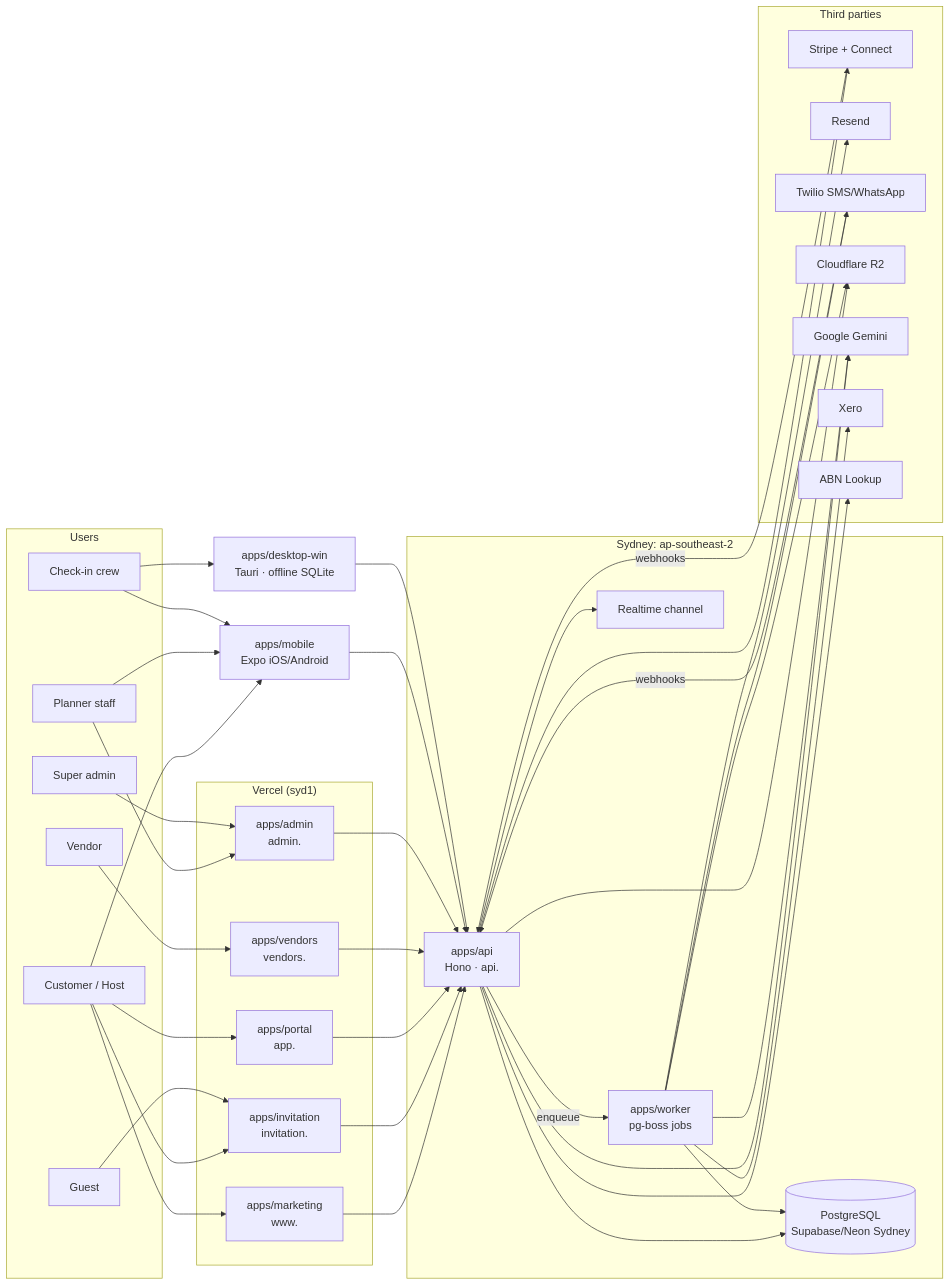
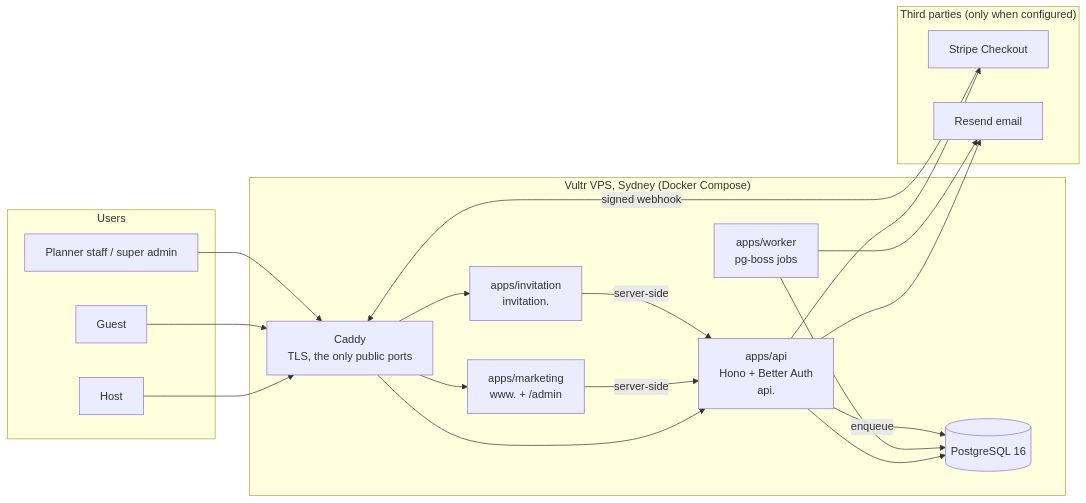
One commit to Sadramst/managevent changed the first of 2 diagrams in ARCHITECTURE.md. Above: the diagram before and after it, drawn with Mermaid. The commit also changed other lines of this file and 178 other files, not shown here.

````diff
--- a/ARCHITECTURE.md
+++ b/ARCHITECTURE.md
@@ -17,57 +17,35 @@
 ```mermaid
 flowchart LR
   subgraph Users
-    H[Customer / Host]
+    H[Host]
     G[Guest]
-    V[Vendor]
-    P[Planner staff]
-    C[Check-in crew]
-    A[Super admin]
+    P[Planner staff / super admin]
   end
 
-  subgraph Edge["Vercel (syd1)"]
-    WWW[apps/marketing<br/>www.]
+  subgraph VPS["Vultr VPS, Sydney (Docker Compose)"]
+    CAD[Caddy<br/>TLS, the only public ports]
+    WWW[apps/marketing<br/>www. + /admin]
     INV[apps/invitation<br/>invitation.]
-    APP[apps/portal<br/>app.]
-    VEN[apps/vendors<br/>vendors.]
-    ADM[apps/admin<br/>admin.]
+    API[apps/api<br/>Hono + Better Auth<br/>api.]
+    WRK[apps/worker<br/>pg-boss jobs]
+    DB[(PostgreSQL 16)]
   end
 
-  subgraph Core["Sydney: ap-southeast-2"]
-    API[apps/api<br/>Hono · api.]
-    WRK[apps/worker<br/>pg-boss jobs]
-    DB[(PostgreSQL<br/>Supabase/Neon Sydney)]
-    RT[Realtime channel]
+  subgraph Third["Third parties (only when configured)"]
+    STR[Stripe Checkout]
+    RES[Resend email]
   end
 
-  MOB[apps/mobile<br/>Expo iOS/Android]
-  WIN[apps/desktop-win<br/>Tauri · offline SQLite]
-
-  subgraph Third["Third parties"]
-    STR[Stripe + Connect]
-    RES[Resend]
-    TWI[Twilio SMS/WhatsApp]
-    R2[Cloudflare R2]
-    GEM[Google Gemini]
-    XERO[Xero]
-    ABN[ABN Lookup]
-  end
-
-  H --> WWW & INV & APP & MOB
-  G --> INV
-  V --> VEN
-  P --> ADM & MOB
-  C --> MOB & WIN
-  A --> ADM
-
-  WWW & INV & APP & VEN & ADM --> API
-  MOB & WIN --> API
+  H --> CAD
+  G --> CAD
+  P --> CAD
+  CAD --> WWW & INV & API
+  WWW -- server-side --> API
+  INV -- server-side --> API
   API --> DB
   WRK --> DB
-  API --> RT
-  API -- enqueue --> WRK
-  API --> STR & R2 & GEM & ABN
-  WRK --> RES & TWI & XERO & GEM & R2
-  STR -- webhooks --> API
-  TWI -- webhooks --> API
+  API -- enqueue --> DB
+  API --> STR & RES
+  WRK --> RES
+  STR -- signed webhook --> CAD
 ```
````
